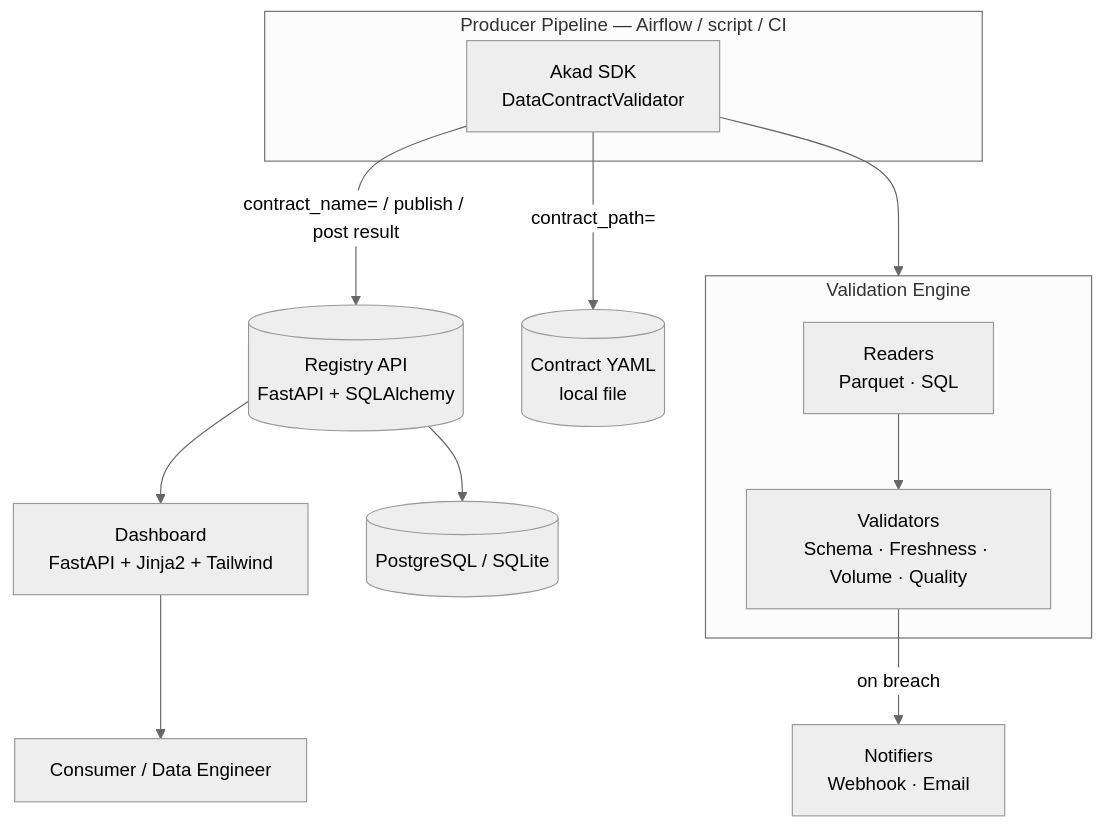
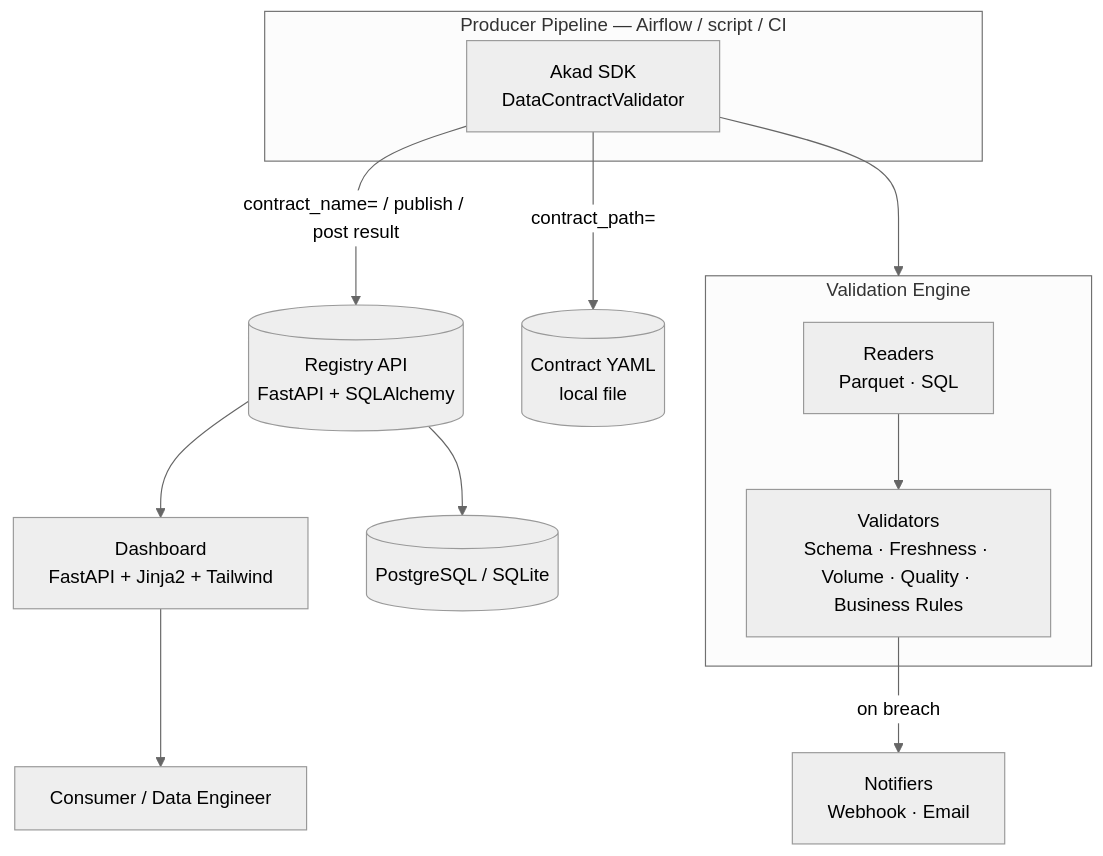
Before and after one commit to ParmenidesSartre/Akad: the diagram in docs/architecture.md, drawn with Mermaid (neutral theme). The commit also changed other lines of this file and 15 other files, not shown here.

````diff
--- a/docs/architecture.md
+++ b/docs/architecture.md
@@ -5,30 +5,30 @@
 ```mermaid
 flowchart TD
     subgraph Pipeline["Producer Pipeline — Airflow / script / CI"]
         SDK["Akad SDK<br/>DataContractValidator"]
     end
 
     YAML[("Contract YAML<br/>local file")]
     SDK -- "contract_path=" --> YAML
 
     subgraph Engine["Validation Engine"]
         Readers["Readers<br/>Parquet · SQL"]
-        Validators["Validators<br/>Schema · Freshness · Volume · Quality"]
+        Validators["Validators<br/>Schema · Freshness · Volume · Quality · Business Rules"]
         Readers --> Validators
     end
 
     SDK --> Engine
 
     Notifiers["Notifiers<br/>Webhook · Email"]
     Validators -- "on breach" --> Notifiers
 
     Registry[("Registry API<br/>FastAPI + SQLAlchemy")]
     SDK -- "contract_name= / publish / post result" --> Registry
 
     DB[("PostgreSQL / SQLite")]
     Registry --> DB
 
     Dashboard["Dashboard<br/>FastAPI + Jinja2 + Tailwind"]
     Registry --> Dashboard
     Dashboard --> Consumer["Consumer / Data Engineer"]
 ```
````
